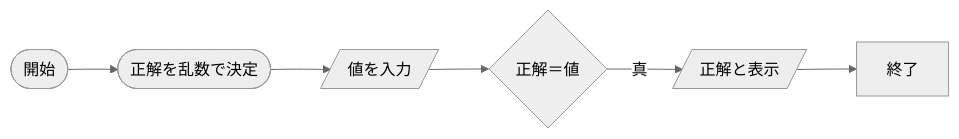
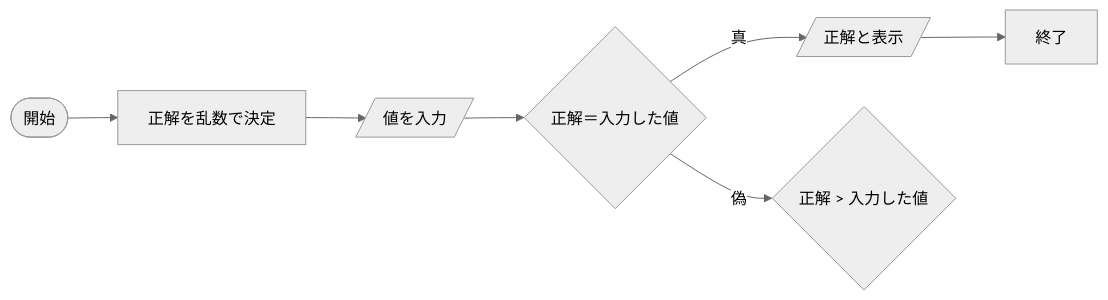
The diagram in README.md (tpu-game-2022/mermaid_test), drawn with Mermaid (neutral theme) before and after one commit.

````diff
--- a/README.md
+++ b/README.md
@@ -20,8 +20,9 @@
 ```mermaid
 flowchart LR;
-  A(["開始"]) --> B(["正解を乱数で決定"]);
+  A(["開始"]) --> B["正解を乱数で決定"];
   B --> C[/"値を入力"/]
-  C --> D{"正解＝値"}
-  D --　真 -->E[/"正解と表示"/];
+  C --> D{"正解＝入力した値"}
+  D --　真 --> E[/"正解と表示"/];
+  D -- 偽--> G{"正解 > 入力した値"}
   E --> F["終了"];
 ```
````
